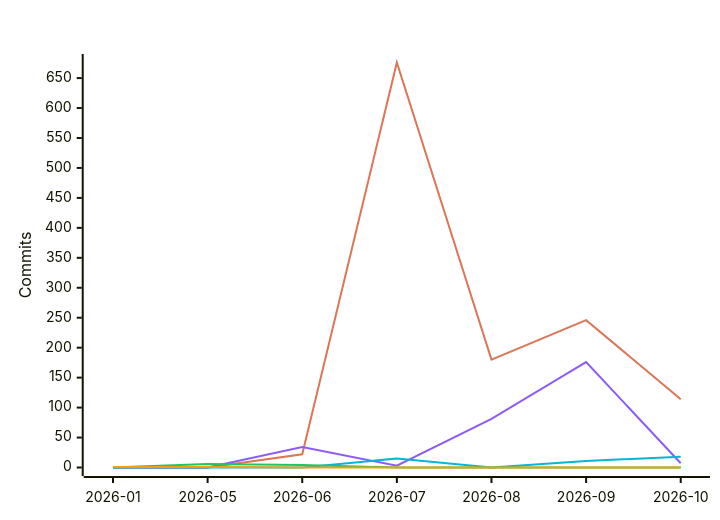
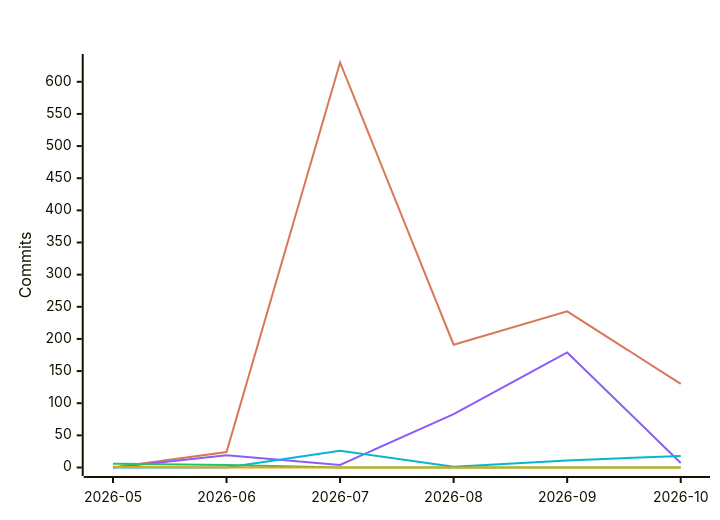
One commit to polo-nyan/polo-nyan changed the fifth of 7 diagrams in README.md. Above: the diagram before and after it, drawn with Mermaid. The commit also changed other lines of this file and 1 other file, not shown here.

````diff
--- a/README.md
+++ b/README.md
@@ -313,12 +313,12 @@
 ```mermaid
 %%{init: {"xyChart": {"titleColor": "#ffffff", "xAxisLabelColor": "#ffffff", "yAxisLabelColor": "#ffffff"}, "themeVariables": {"xyChart": {"titleColor": "#ffffff", "plotColorPalette": "#d97757, #8b5cf6, #06b6d4, #22c55e, #f59e0b, #ec4899"}}}}%%
 xychart-beta
     title "Commits Per Month by Model Family"
-    x-axis ["2026-01", "2026-05", "2026-06", "2026-07", "2026-08", "2026-09", "2026-10"]
+    x-axis ["2026-05", "2026-06", "2026-07", "2026-08", "2026-09", "2026-10"]
     y-axis "Commits"
-    line [0, 0, 22, 676, 180, 246, 114]
-    line [0, 0, 34, 3, 81, 176, 7]
-    line [0, 0, 0, 15, 0, 11, 18]
-    line [0, 6, 4, 0, 0, 0, 0]
-    line [1, 1, 0, 0, 0, 0, 0]
+    line [0, 24, 630, 191, 243, 130]
+    line [0, 19, 4, 83, 179, 7]
+    line [0, 0, 26, 1, 11, 18]
+    line [6, 4, 0, 0, 0, 0]
+    line [1, 0, 0, 0, 0, 0]
 ```
````
